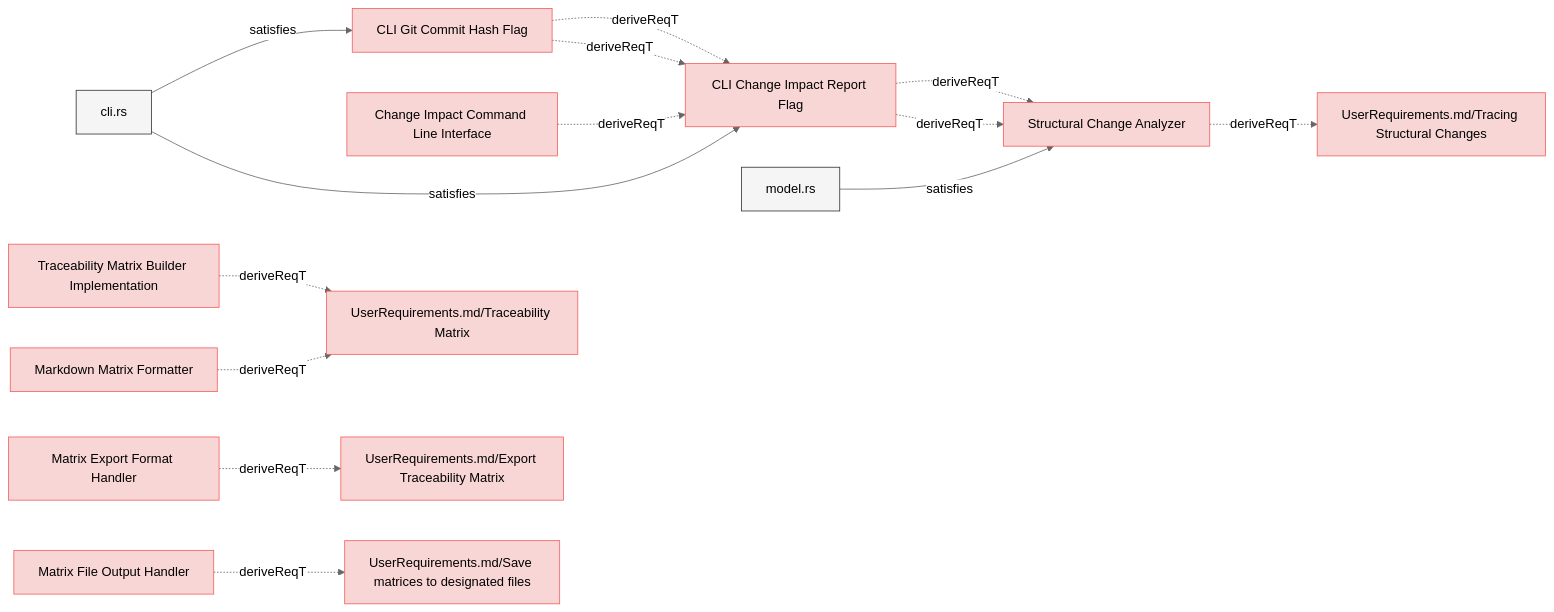
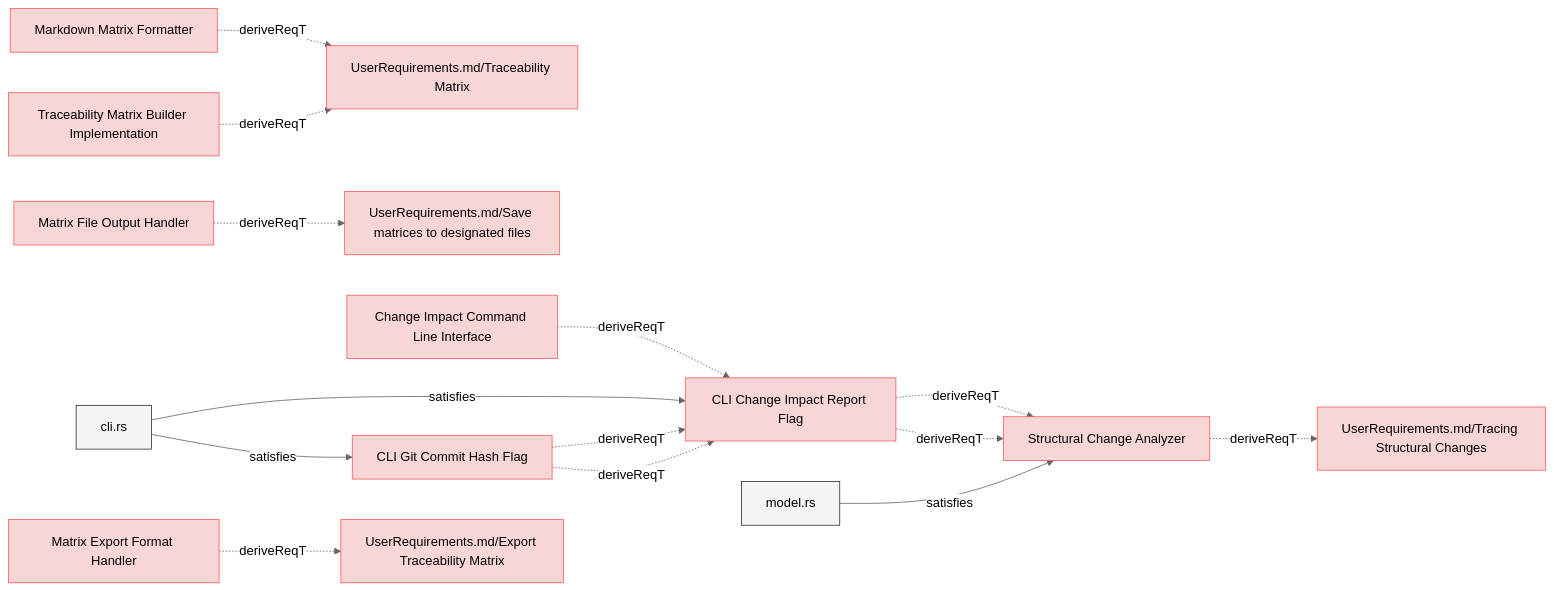
The sixth of 8 diagrams in specifications/SystemRequirements/Requirements.md (reqvire-org/reqvire), drawn with Mermaid (neutral theme) before and after one commit. The commit also changed other lines of this file and 36 other files, not shown here.

````diff
--- a/specifications/SystemRequirements/Requirements.md
+++ b/specifications/SystemRequirements/Requirements.md
@@ -754,64 +754,64 @@
 ```mermaid
 graph LR;
   %% Graph styling
   classDef requirement fill:#f9d6d6,stroke:#f55f5f,stroke-width:1px;
   classDef verification fill:#d6f9d6,stroke:#5fd75f,stroke-width:1px;
   classDef externalLink fill:#d0e0ff,stroke:#3080ff,stroke-width:1px;
   classDef default fill:#f5f5f5,stroke:#333333,stroke-width:1px;
 
   b8b4018461["CLI Git Commit Hash Flag"];
   click b8b4018461 "Requirements.md#cli-git-commit-hash-flag";
   class b8b4018461 requirement;
   665b7456c9["CLI Change Impact Report Flag"];
   class 665b7456c9 requirement;
   click 665b7456c9 "Requirements.md#cli-change-impact-report-flag";
   b8b4018461 -.->|deriveReqT| 665b7456c9;
   11ffc4632a["cli.rs"];
   class 11ffc4632a default;
   click 11ffc4632a "../../cli/src/cli.rs";
   11ffc4632a -->|satisfies| b8b4018461;
   918cc4a26d["Structural Change Analyzer"];
   click 918cc4a26d "Requirements.md#structural-change-analyzer";
   class 918cc4a26d requirement;
   91ebf7e73d["UserRequirements.md/Tracing Structural Changes"];
   class 91ebf7e73d requirement;
   click 91ebf7e73d "../UserRequirements.md#tracing-structural-changes";
   918cc4a26d -.->|deriveReqT| 91ebf7e73d;
   cc976e6bcd["model.rs"];
   class cc976e6bcd default;
   click cc976e6bcd "../../core/src/change_impact.rs";
   cc976e6bcd -->|satisfies| 918cc4a26d;
   665b7456c9 -.->|deriveReqT| 918cc4a26d;
-  665b7456c9 -.->|deriveReqT| 918cc4a26d;
-  11ffc4632a -->|satisfies| 665b7456c9;
-  b8b4018461 -.->|deriveReqT| 665b7456c9;
-  9d6f79f601["Change Impact Command Line Interface"];
-  class 9d6f79f601 requirement;
-  click 9d6f79f601 "ChangeImpactRequirements.md#change-impact-command-line-interface";
-  9d6f79f601 -.->|deriveReqT| 665b7456c9;
   5eca866a03["Traceability Matrix Builder Implementation"];
   click 5eca866a03 "Requirements.md#traceability-matrix-builder-implementation";
   class 5eca866a03 requirement;
   ba40352f8e["UserRequirements.md/Traceability Matrix"];
   class ba40352f8e requirement;
   click ba40352f8e "../UserRequirements.md#traceability-matrix";
   5eca866a03 -.->|deriveReqT| ba40352f8e;
+  665b7456c9 -.->|deriveReqT| 918cc4a26d;
+  11ffc4632a -->|satisfies| 665b7456c9;
+  b8b4018461 -.->|deriveReqT| 665b7456c9;
+  6e747b7f03["Change Impact Command Line Interface"];
+  class 6e747b7f03 requirement;
+  click 6e747b7f03 "ChangeImpactPropagation.md#change-impact-command-line-interface";
+  6e747b7f03 -.->|deriveReqT| 665b7456c9;
+  83a2343e97["Matrix File Output Handler"];
+  click 83a2343e97 "Requirements.md#matrix-file-output-handler";
+  class 83a2343e97 requirement;
+  c4b025f6ac["UserRequirements.md/Save matrices to designated files"];
+  class c4b025f6ac requirement;
+  click c4b025f6ac "../UserRequirements.md#save-matrices-to-designated-files";
+  83a2343e97 -.->|deriveReqT| c4b025f6ac;
+  d7e5fbf806["Markdown Matrix Formatter"];
+  click d7e5fbf806 "Requirements.md#markdown-matrix-formatter";
+  class d7e5fbf806 requirement;
+  d7e5fbf806 -.->|deriveReqT| ba40352f8e;
   8897111f9b["Matrix Export Format Handler"];
   click 8897111f9b "Requirements.md#matrix-export-format-handler";
   class 8897111f9b requirement;
   4b7b432817["UserRequirements.md/Export Traceability Matrix"];
   class 4b7b432817 requirement;
   click 4b7b432817 "../UserRequirements.md#export-traceability-matrix";
   8897111f9b -.->|deriveReqT| 4b7b432817;
-  d7e5fbf806["Markdown Matrix Formatter"];
-  click d7e5fbf806 "Requirements.md#markdown-matrix-formatter";
-  class d7e5fbf806 requirement;
-  d7e5fbf806 -.->|deriveReqT| ba40352f8e;
-  83a2343e97["Matrix File Output Handler"];
-  click 83a2343e97 "Requirements.md#matrix-file-output-handler";
-  class 83a2343e97 requirement;
-  c4b025f6ac["UserRequirements.md/Save matrices to designated files"];
-  class c4b025f6ac requirement;
-  click c4b025f6ac "../UserRequirements.md#save-matrices-to-designated-files";
-  83a2343e97 -.->|deriveReqT| c4b025f6ac;
 ```
````
